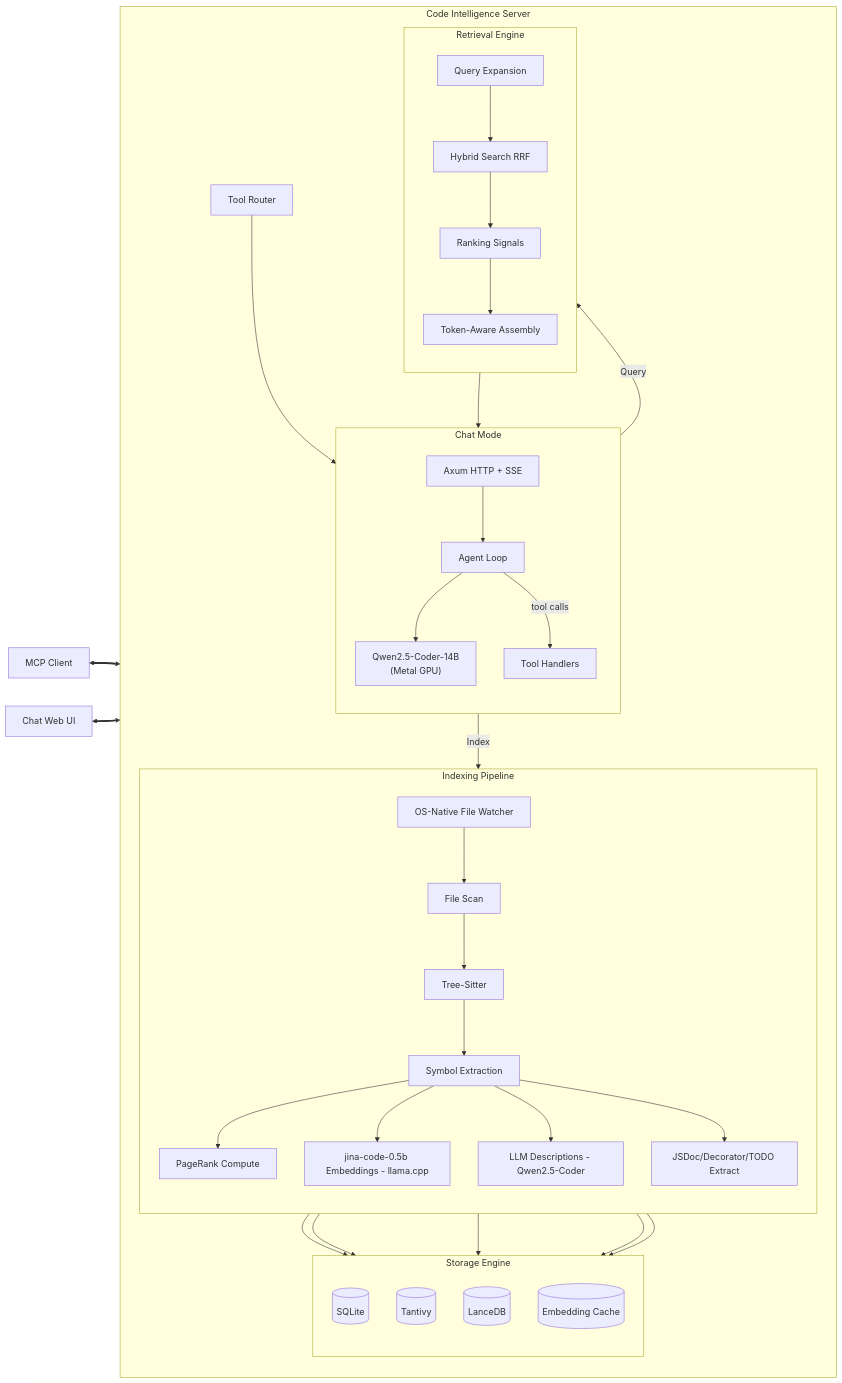
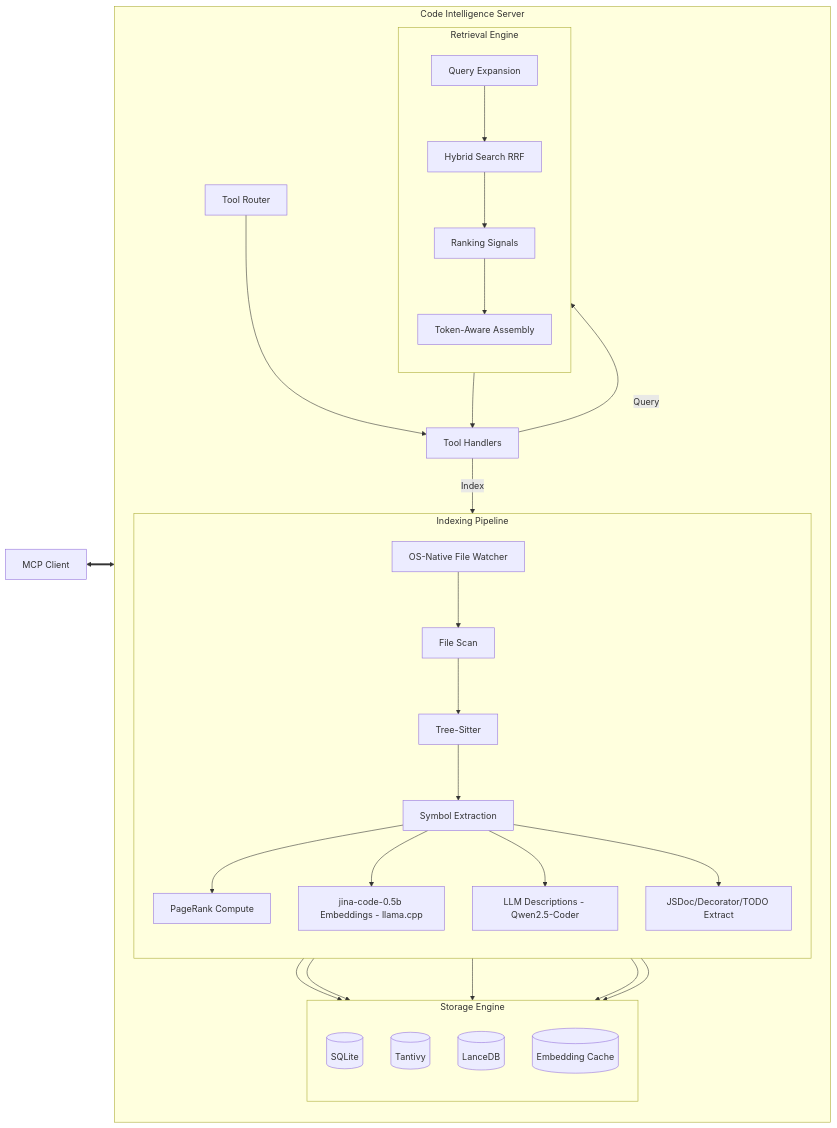
The second of 2 diagrams in npm-standalone/README.md (iceinvein/code_intelligence_mcp_server), drawn with Mermaid before and after one commit. The commit also changed other lines of this file and 17 other files, not shown here.

````diff
--- a/npm-standalone/README.md
+++ b/npm-standalone/README.md
@@ -574,59 +423,51 @@
 ```mermaid
 flowchart LR
   Client[MCP Client] <==> Tools
-  Browser[Chat Web UI] <==> ChatServer
 
   subgraph Server [Code Intelligence Server]
     direction TB
     Tools[Tool Router]
-
-    subgraph Chat [Chat Mode]
-      direction TB
-      ChatServer[Axum HTTP + SSE] --> Agent[Agent Loop]
-      Agent --> ChatLLM["Qwen2.5-Coder-14B<br/>(Metal GPU)"]
-      Agent -- "tool calls" --> Handlers
-    end
 
     subgraph Indexer [Indexing Pipeline]
       direction TB
       Watch[OS-Native File Watcher] --> Scan[File Scan]
       Scan --> Parse[Tree-Sitter]
       Parse --> Extract[Symbol Extraction]
       Extract --> PageRank[PageRank Compute]
       Extract --> Embed[jina-code-0.5b Embeddings - llama.cpp]
       Extract --> LLMDesc[LLM Descriptions - Qwen2.5-Coder]
       Extract --> JSDoc[JSDoc/Decorator/TODO Extract]
     end
 
     subgraph Storage [Storage Engine]
       direction TB
       SQLite[(SQLite)]
       Tantivy[(Tantivy)]
       Lance[(LanceDB)]
       Cache[(Embedding Cache)]
     end
 
     subgraph Retrieval [Retrieval Engine]
       direction TB
       QueryExpand[Query Expansion]
       Hybrid[Hybrid Search RRF]
       Signals[Ranking Signals]
       Context[Token-Aware Assembly]
     end
 
     Handlers[Tool Handlers]
     Tools --> Handlers
     Handlers -- Index --> Watch
     PageRank --> SQLite
     Embed --> Lance
     Embed --> Cache
     LLMDesc --> SQLite
     JSDoc --> SQLite
 
     Handlers -- Query --> QueryExpand
     QueryExpand --> Hybrid
     Hybrid --> Signals
     Signals --> Context
     Context --> Handlers
   end
 ```
````
